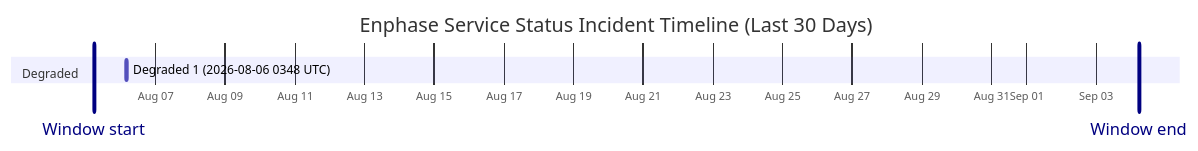
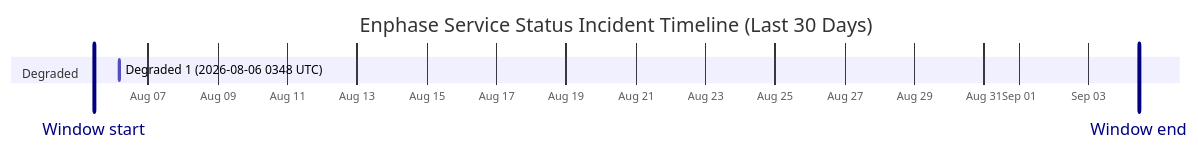
One commit to barneyonline/ha-enphase-energy changed the diagram in wiki/Service-Status-History.md. Above: the diagram before and after it, drawn with Mermaid. The commit also changed other lines of this file and 3 other files, not shown here.

````diff
--- a/wiki/Service-Status-History.md
+++ b/wiki/Service-Status-History.md
@@ -14,10 +14,10 @@
 ```mermaid
 gantt
     title Enphase Service Status Incident Timeline (Last 30 Days)
     dateFormat  YYYY-MM-DDTHH:mm:ss
     axisFormat  %b %d
-    Window start :vert, window-start, 2026-08-05T05:30:58, 0ms
-    Window end :vert, window-end, 2026-09-04T05:30:58, 0ms
+    Window start :vert, window-start, 2026-08-05T10:37:23, 0ms
+    Window end :vert, window-end, 2026-09-04T10:37:23, 0ms
     section Degraded
     Degraded 1 (2026-08-06 0348 UTC) :active, degraded-1, 2026-08-06T03:48:14, 60m
 ```
````
